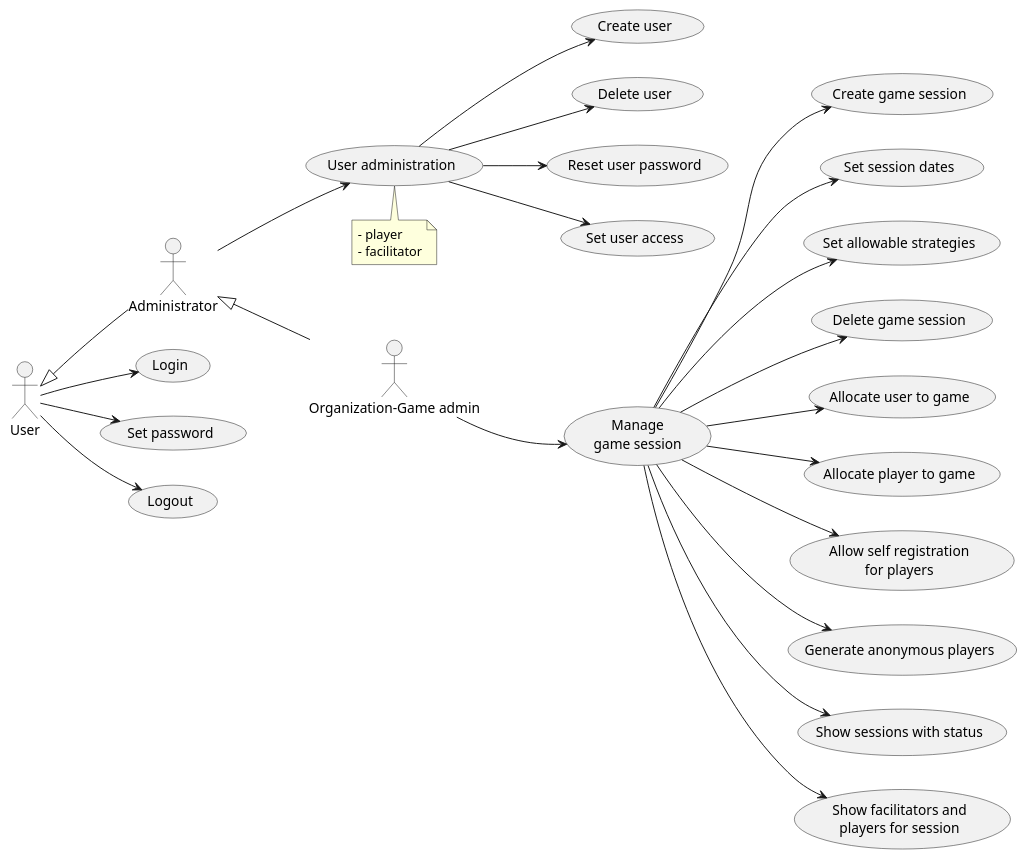
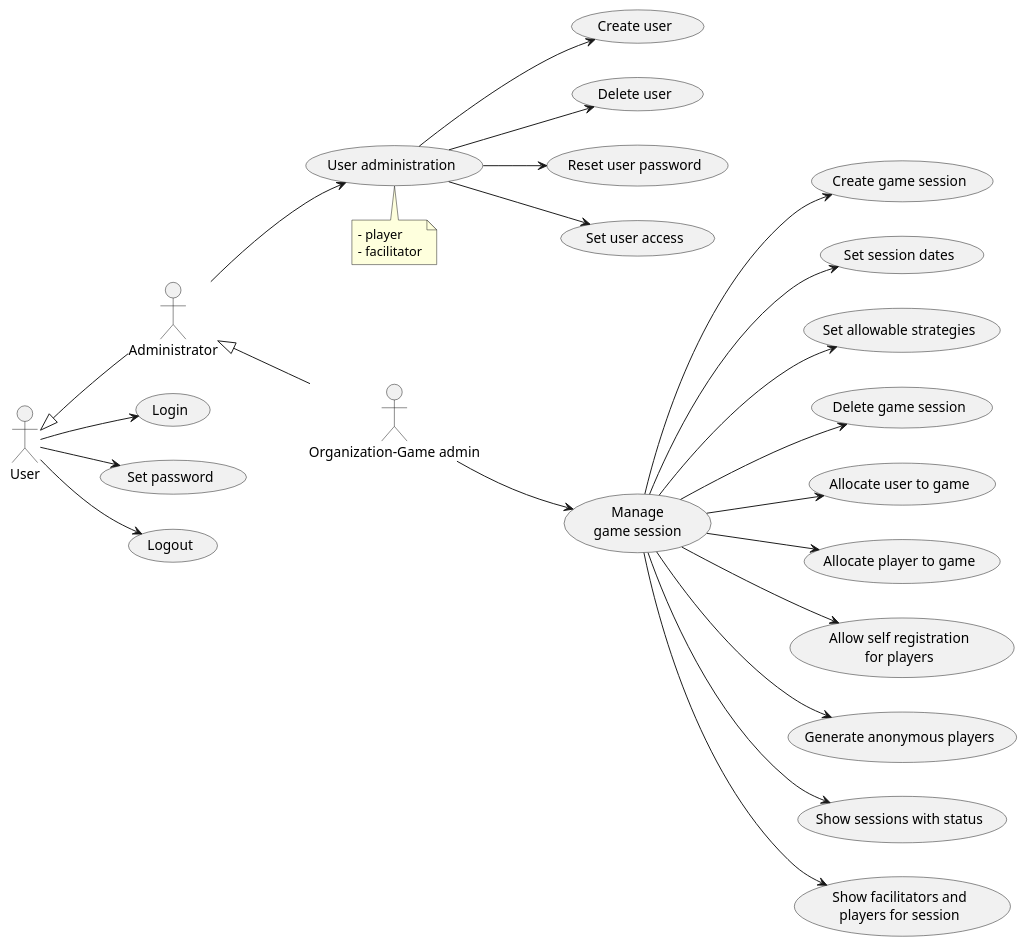
One commit to averbraeck/gscg-design changed the diagram in doc/2-use-cases/diagrams/organization-game-administration.puml. Above: the diagram before and after it, drawn with PlantUML.

Commit message:
Issue #24. Layout of organization-game admin use case diagram

```diff
--- a/doc/2-use-cases/diagrams/organization-game-administration.puml
+++ b/doc/2-use-cases/diagrams/organization-game-administration.puml
@@ -1,36 +1,36 @@
 @startuml
 left to right direction
  
 "Organization-Game admin" as OGA
 User <|-- Administrator
 Administrator <|-- OGA
 
 User --> (Login)
 User --> (Set password)
 User --> (Logout)
 
 Administrator --> (User administration)
 note bottom
   - player
   - facilitator
 end note
 
 (User administration) --> (Create user)
 (User administration) --> (Delete user)
 (User administration) --> (Reset user password)
 (User administration) --> (Set user access)
 
 "Manage\ngame session" as (Manage)
-OGA --> Manage : "\n\n\n\n\n\n\n\n\n\n"
+OGA --> Manage : "\n\n\n\n\n\n\n\n\n\n\n\n\n\n\n"
 Manage --> (Create game session)
 Manage --> (Set session dates)
 Manage --> (Set allowable strategies)
 Manage --> (Delete game session)
 Manage --> (Allocate user to game)
 Manage --> (Allocate player to game)
 Manage --> (Allow self registration\nfor players)
 Manage --> (Generate anonymous players)
 Manage --> (Show sessions with status)
 Manage --> (Show facilitators and\nplayers for session)
 
 @enduml
```
